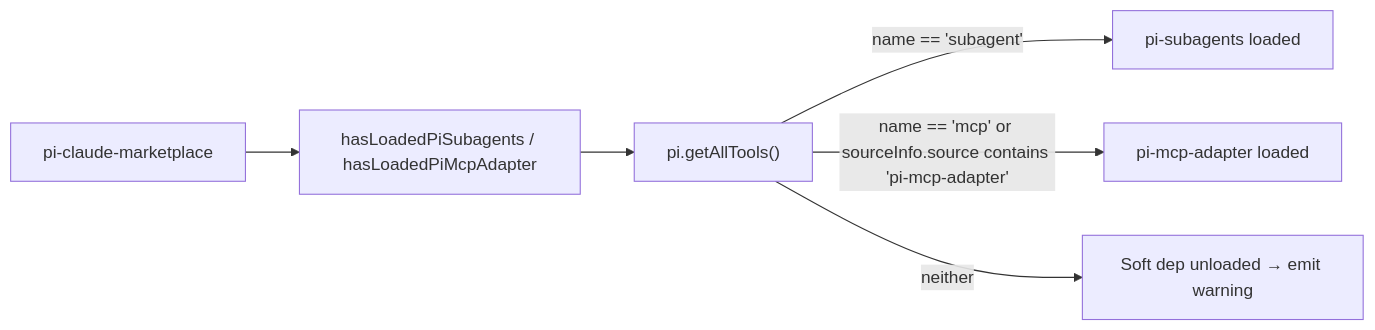
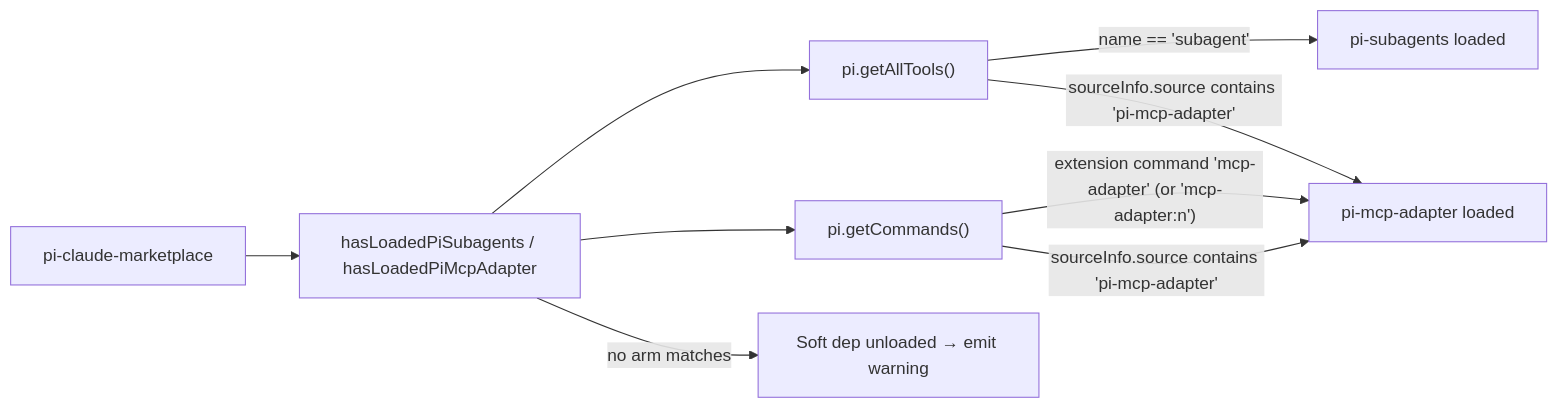
Before and after one commit to acolomba/pi-claude-marketplace: diagram 18 of 18 in docs/prd/pi-claude-marketplace-prd.md, drawn with Mermaid. The commit also changed other lines of this file and 3 other files, not shown here.

````diff
--- a/docs/prd/pi-claude-marketplace-prd.md
+++ b/docs/prd/pi-claude-marketplace-prd.md
@@ -1020,8 +1020,11 @@
 ```mermaid
 flowchart LR
   ext[pi-claude-marketplace] --> probe[hasLoadedPiSubagents / hasLoadedPiMcpAdapter]
   probe --> tools["pi.getAllTools()"]
+  probe --> commands["pi.getCommands()"]
   tools -- "name == 'subagent'" --> sa[pi-subagents loaded]
-  tools -- "name == 'mcp' or sourceInfo.source contains 'pi-mcp-adapter'" --> mc[pi-mcp-adapter loaded]
-  tools -- "neither" --> none[Soft dep unloaded → emit warning]
+  commands -- "extension command 'mcp-adapter' (or 'mcp-adapter:n')" --> mc[pi-mcp-adapter loaded]
+  commands -- "sourceInfo.source contains 'pi-mcp-adapter'" --> mc
+  tools -- "sourceInfo.source contains 'pi-mcp-adapter'" --> mc
+  probe -- "no arm matches" --> none[Soft dep unloaded → emit warning]
 ```
````
